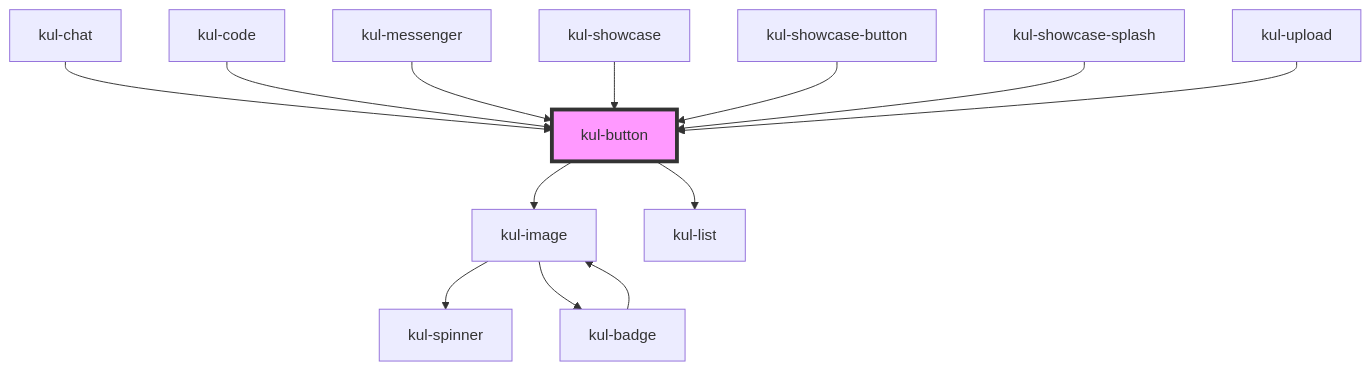
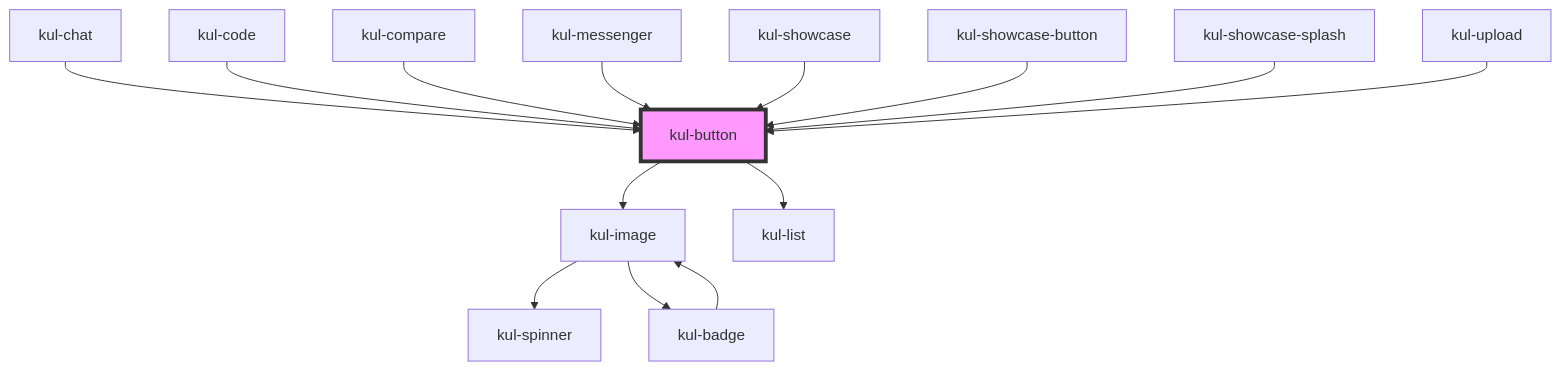
Before and after one commit to lucafoscili/ketchup-lite: the diagram in packages/ketchup-lite/src/components/kul-button/readme.md, drawn with Mermaid. The commit also changed other lines of this file and 20 other files, not shown here.

Commit message:
feat: draft of kul-compare

````diff
--- a/packages/ketchup-lite/src/components/kul-button/readme.md
+++ b/packages/ketchup-lite/src/components/kul-button/readme.md
@@ -174,16 +157,17 @@
 ```mermaid
 graph TD;
   kul-button --> kul-image
   kul-button --> kul-list
   kul-image --> kul-spinner
   kul-image --> kul-badge
   kul-badge --> kul-image
   kul-chat --> kul-button
   kul-code --> kul-button
+  kul-compare --> kul-button
   kul-messenger --> kul-button
   kul-showcase --> kul-button
   kul-showcase-button --> kul-button
   kul-showcase-splash --> kul-button
   kul-upload --> kul-button
   style kul-button fill:#f9f,stroke:#333,stroke-width:4px
 ```
````
